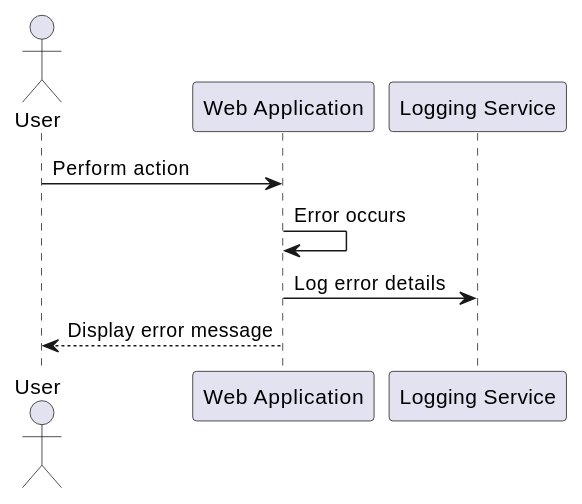
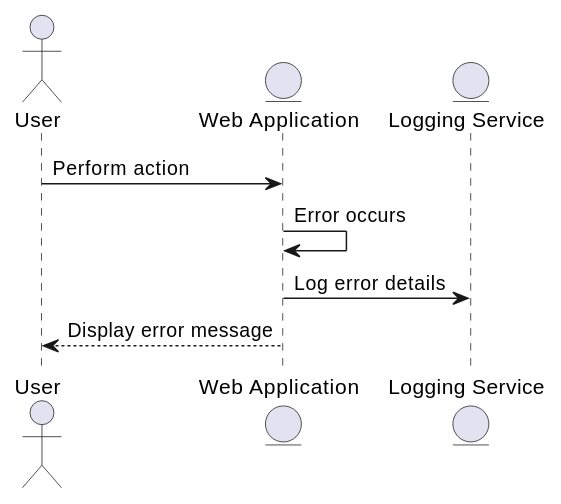
The fifth of 5 diagrams in docs/src/06_runtime_view.adoc (Arquisoft/wichat_en1b), drawn with PlantUML before and after one commit. The commit also changed other lines of this file, not shown here.

Commit message:
Fixed bug and improve uml

```diff
--- a/docs/src/06_runtime_view.adoc
+++ b/docs/src/06_runtime_view.adoc
@@ -143,11 +147,11 @@
 [plantuml,"Error Handling Sequence",png]
 ----
 actor User
-participant "Web Application" as App
-participant "Logging Service" as Log
+entity "Web Application" as App
+entity "Logging Service" as Log
 
 User -> App: Perform action
 App -> App: Error occurs
 App -> Log: Log error details
 App --> User: Display error message
 ----
```
